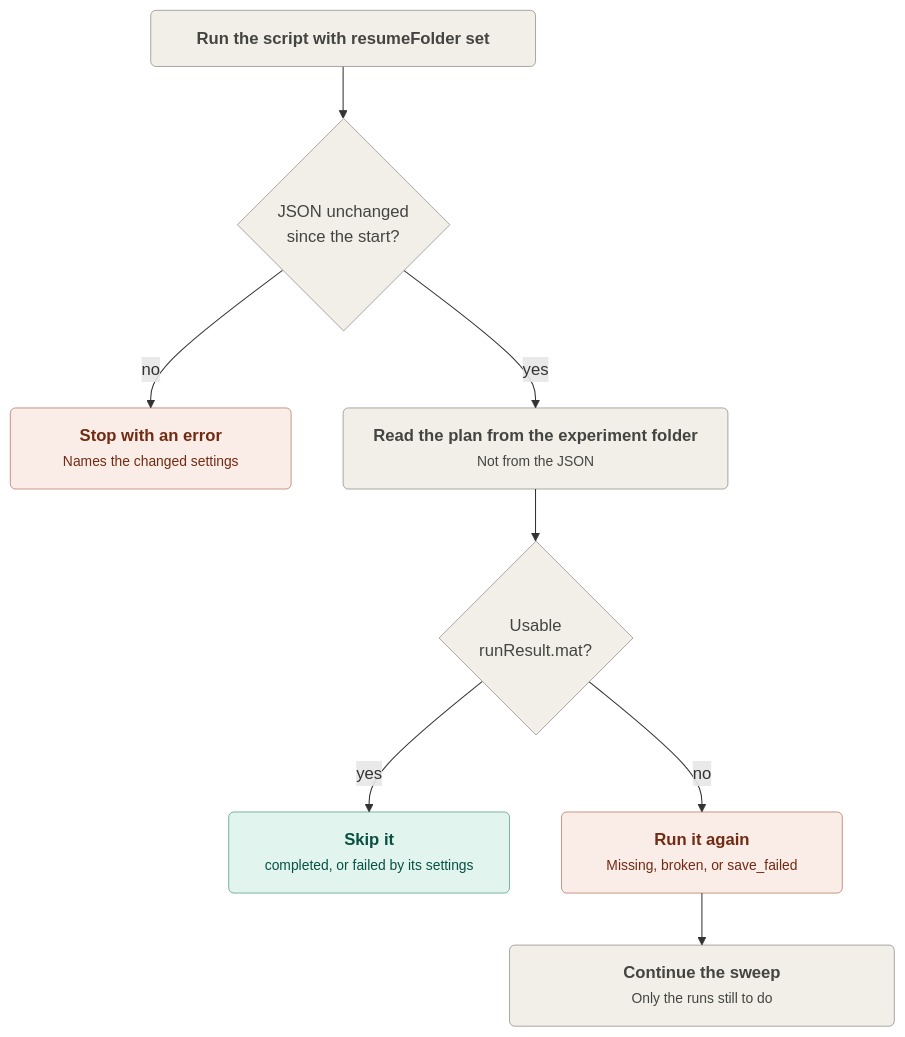
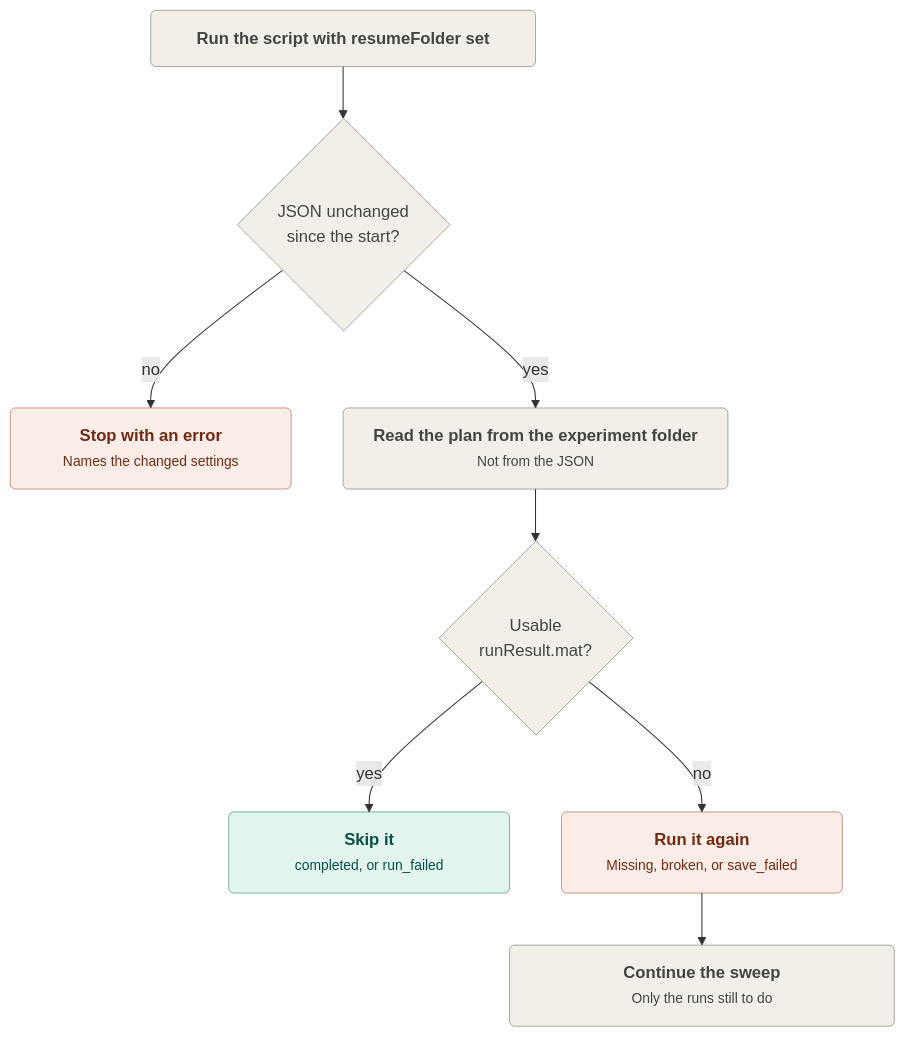
The third of 3 diagrams in docs/bookkeeping.md (dacvm/UltrasoundBased2D3DBonePoseEstimation), drawn with Mermaid before and after one commit. The commit also changed other lines of this file and 3 other files, not shown here.

Commit message:
Use the run_failed status name in the docs

````diff
--- a/docs/bookkeeping.md
+++ b/docs/bookkeeping.md
@@ -115,21 +115,21 @@
 ```mermaid
 flowchart TD
     classDef book fill:#F1EFE8,stroke:#5F5E5A,color:#444441,stroke-width:0.5px
     classDef ok   fill:#E1F5EE,stroke:#0F6E56,color:#085041,stroke-width:0.5px
     classDef fail fill:#FAECE7,stroke:#993C1D,color:#712B13,stroke-width:0.5px
 
     A("<span style='display:inline-block;width:340px'><b>Run the script with resumeFolder set</b></span>"):::book
     Q1{"JSON unchanged<br/>since the start?"}:::book
     X("<span style='display:inline-block;width:240px'><b>Stop with an error</b><br/><small>Names the changed settings</small></span>"):::fail
     B("<span style='display:inline-block;width:340px'><b>Read the plan from the experiment folder</b><br/><small>Not from the JSON</small></span>"):::book
     Q2{"Usable<br/>runResult.mat?"}:::book
-    K("<span style='display:inline-block;width:240px'><b>Skip it</b><br/><small>completed, or failed by its settings</small></span>"):::ok
+    K("<span style='display:inline-block;width:240px'><b>Skip it</b><br/><small>completed, or run_failed</small></span>"):::ok
     R("<span style='display:inline-block;width:240px'><b>Run it again</b><br/><small>Missing, broken, or save_failed</small></span>"):::fail
     C("<span style='display:inline-block;width:340px'><b>Continue the sweep</b><br/><small>Only the runs still to do</small></span>"):::book
 
     A --> Q1
     Q1 -- no --> X
     Q1 -- yes --> B --> Q2
     Q2 -- yes --> K
     Q2 -- no --> R --> C
 ```
````
